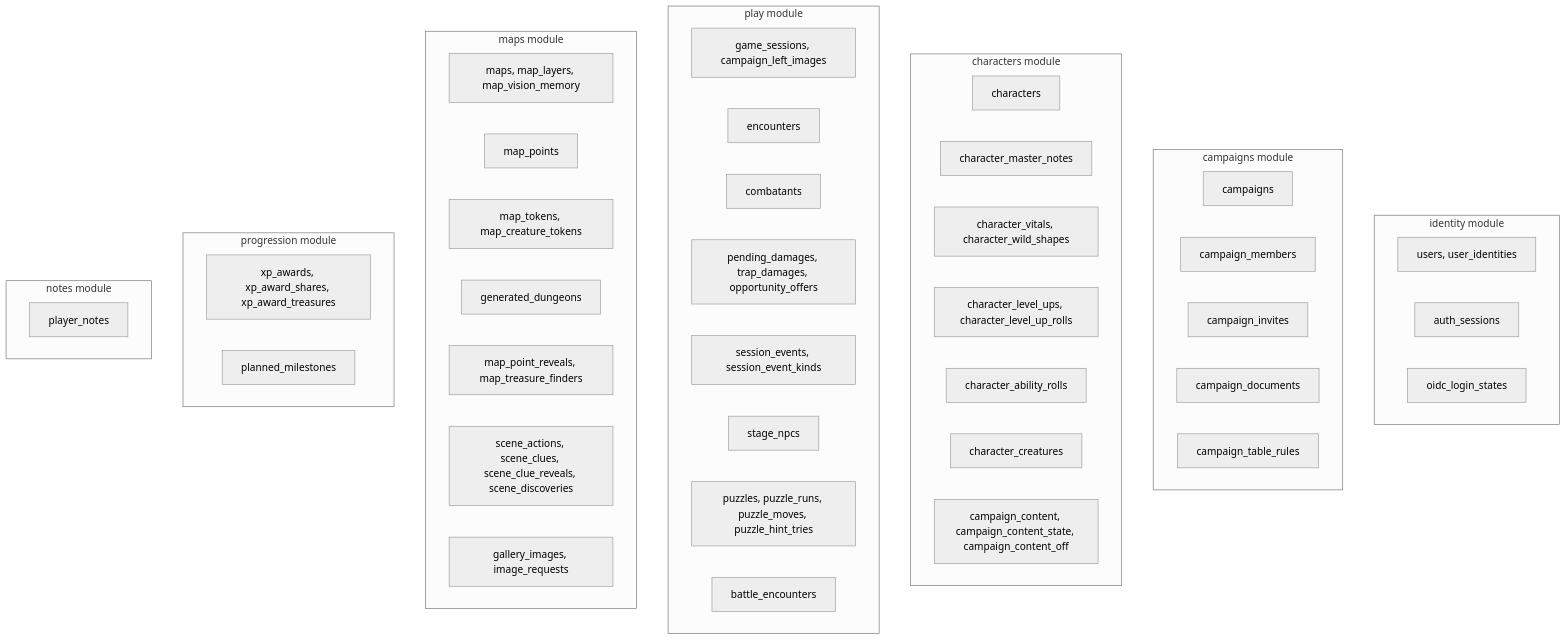
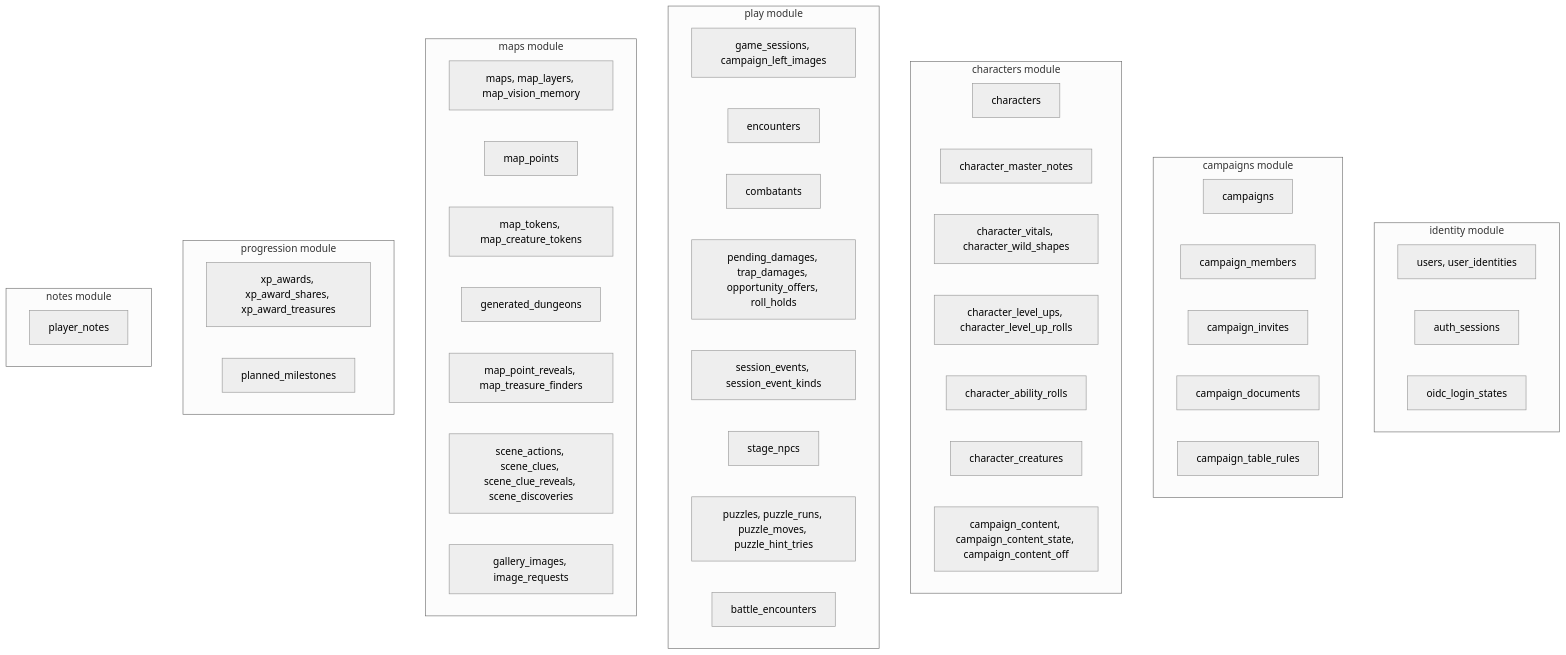
The first of 7 diagrams in docs/data.md (PuraFome/meuRPG), drawn with Mermaid (neutral theme) before and after one commit. The commit also changed other lines of this file and 9 other files, not shown here.

First line of the commit message:
Document rests, hit dice by size and the class resource flows; test hidden-creature rows

````diff
--- a/docs/data.md
+++ b/docs/data.md
@@ -29,56 +29,56 @@
 ```mermaid
 flowchart TD
     subgraph identity["identity module"]
         t_users["users, user_identities"]
         t_auth_sessions["auth_sessions"]
         t_oidc_login_states["oidc_login_states"]
     end
 
     subgraph campaigns_mod["campaigns module"]
         t_campaigns["campaigns"]
         t_campaign_members["campaign_members"]
         t_campaign_invites["campaign_invites"]
         t_campaign_documents["campaign_documents"]
         t_campaign_table_rules["campaign_table_rules"]
     end
 
     subgraph characters_mod["characters module"]
         t_characters["characters"]
         t_character_master_notes["character_master_notes"]
         t_character_vitals["character_vitals, character_wild_shapes"]
         t_character_level_ups["character_level_ups, character_level_up_rolls"]
         t_character_ability_rolls["character_ability_rolls"]
         t_character_creatures["character_creatures"]
         t_campaign_content["campaign_content, campaign_content_state, campaign_content_off"]
     end
 
     subgraph play["play module"]
         t_game_sessions["game_sessions, campaign_left_images"]
         t_encounters["encounters"]
         t_combatants["combatants"]
-        t_damage["pending_damages, trap_damages, opportunity_offers"]
+        t_damage["pending_damages, trap_damages, opportunity_offers, roll_holds"]
         t_session_events["session_events, session_event_kinds"]
         t_stage_npcs["stage_npcs"]
         t_puzzles["puzzles, puzzle_runs, puzzle_moves, puzzle_hint_tries"]
         t_battle_encounters["battle_encounters"]
     end
 
     subgraph maps_mod["maps module"]
         t_maps["maps, map_layers, map_vision_memory"]
         t_map_points["map_points"]
         t_map_tokens["map_tokens, map_creature_tokens"]
         t_generated_dungeons["generated_dungeons"]
         t_map_point_reveals["map_point_reveals, map_treasure_finders"]
         t_scene["scene_actions, scene_clues, scene_clue_reveals, scene_discoveries"]
         t_gallery_images["gallery_images, image_requests"]
     end
 
     subgraph progression["progression module"]
         t_xp_awards["xp_awards, xp_award_shares, xp_award_treasures"]
         t_planned_milestones["planned_milestones"]
     end
 
     subgraph notes_mod["notes module"]
         t_player_notes["player_notes"]
     end
 ```
````
